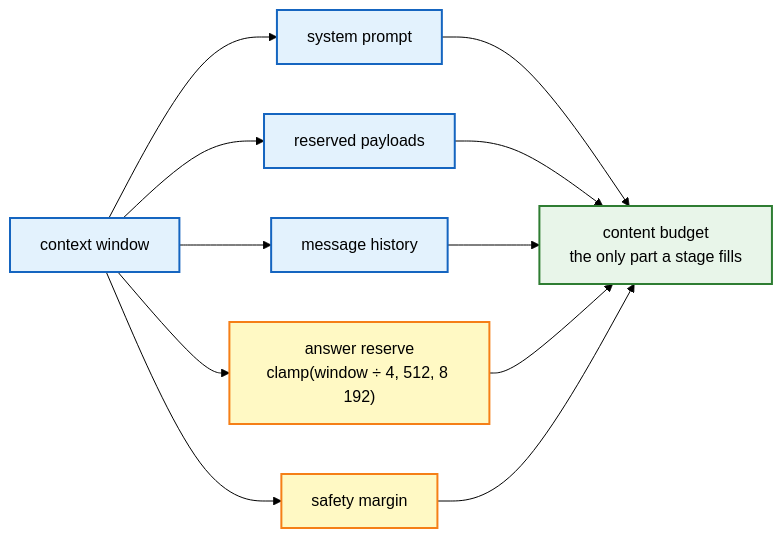
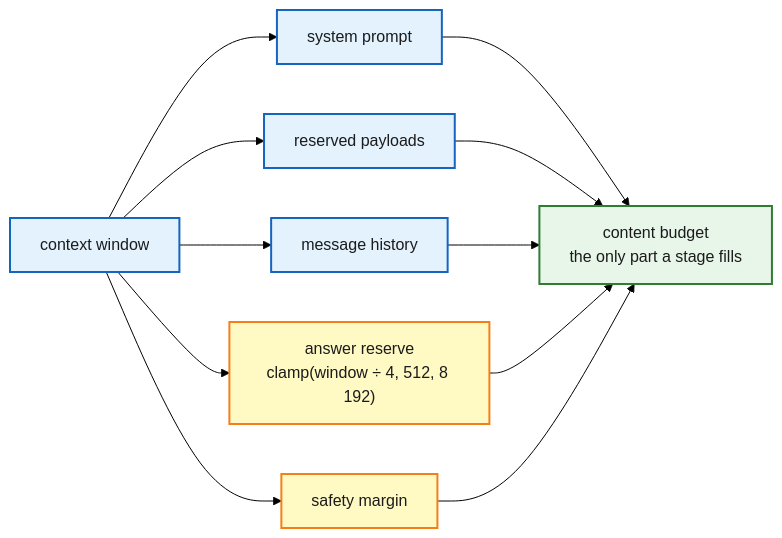
Before and after one commit to jr2804/kompend: the third of 6 diagrams in docs/architecture/agentic-layer.md, drawn with Mermaid (forest theme). The commit also changed other lines of this file and 3 other files, not shown here.

First line of the commit message:
📝 docs(architecture): clarify agentic task execution shapes

````diff
--- a/docs/architecture/agentic-layer.md
+++ b/docs/architecture/agentic-layer.md
@@ -144,13 +162,13 @@
 ```mermaid
 flowchart LR
-    classDef fixed fill:#e3f2fd,stroke:#1565c0,stroke-width:2px
-    classDef reserve fill:#fff9c4,stroke:#f57f17,stroke-width:2px
-    classDef budget fill:#e8f5e9,stroke:#2e7d32,stroke-width:2px
+    classDef fixed fill:#e3f2fd,stroke:#1565c0,stroke-width:2px,color:#1B1B1B
+    classDef reserve fill:#fff9c4,stroke:#f57f17,stroke-width:2px,color:#1B1B1B
+    classDef budget fill:#e8f5e9,stroke:#2e7d32,stroke-width:2px,color:#1B1B1B
 
     W["context window"] --> SYS["system prompt"] & RES["reserved payloads"] & HIST["message history"] & ANS["answer reserve<br/>clamp(window ÷ 4, 512, 8 192)"] & SAFE["safety margin"]
     SYS & RES & HIST & ANS & SAFE --> CONTENT["content budget<br/>the only part a stage fills"]
 
     class W,SYS,RES,HIST fixed
     class ANS,SAFE reserve
     class CONTENT budget
 ```
````
